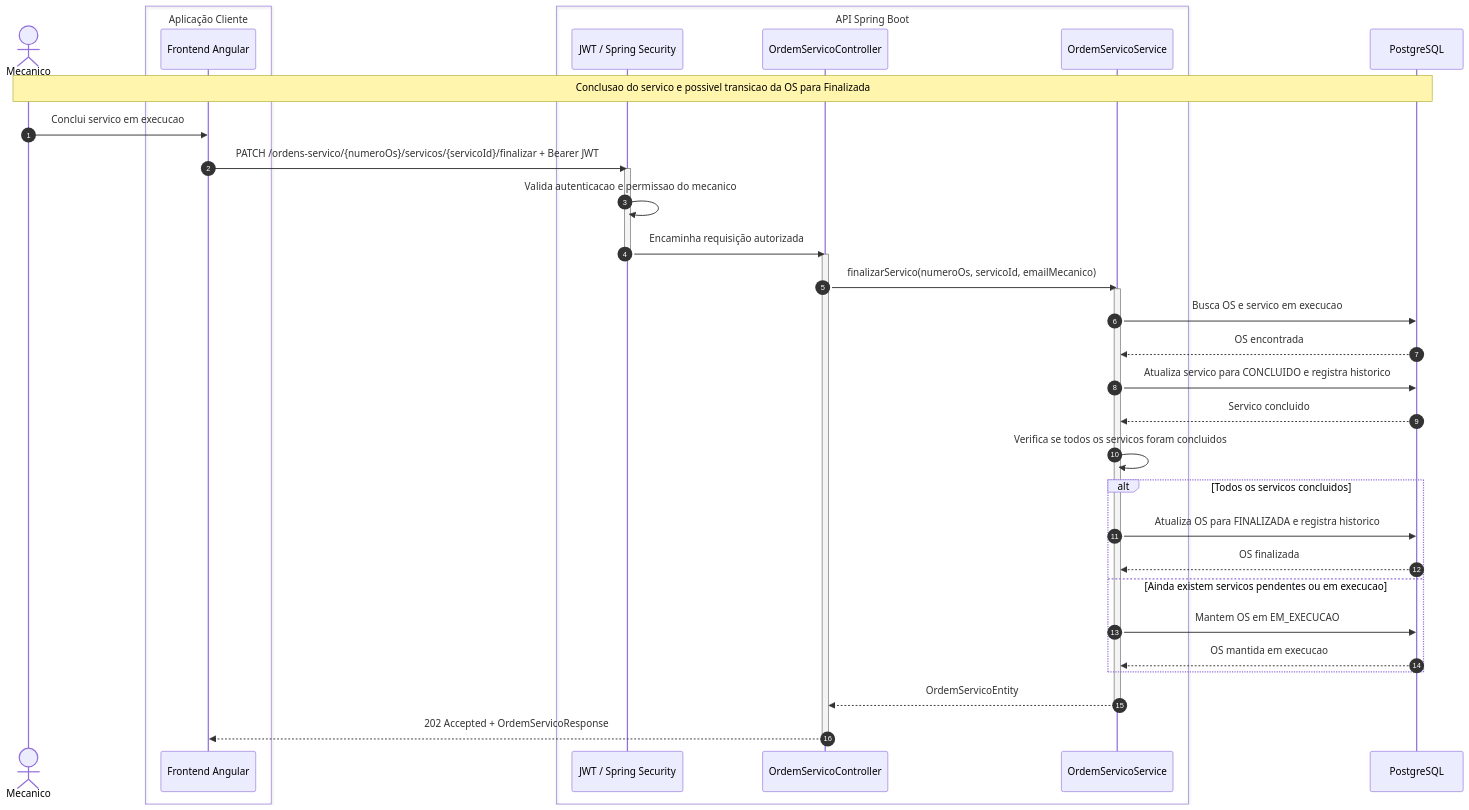
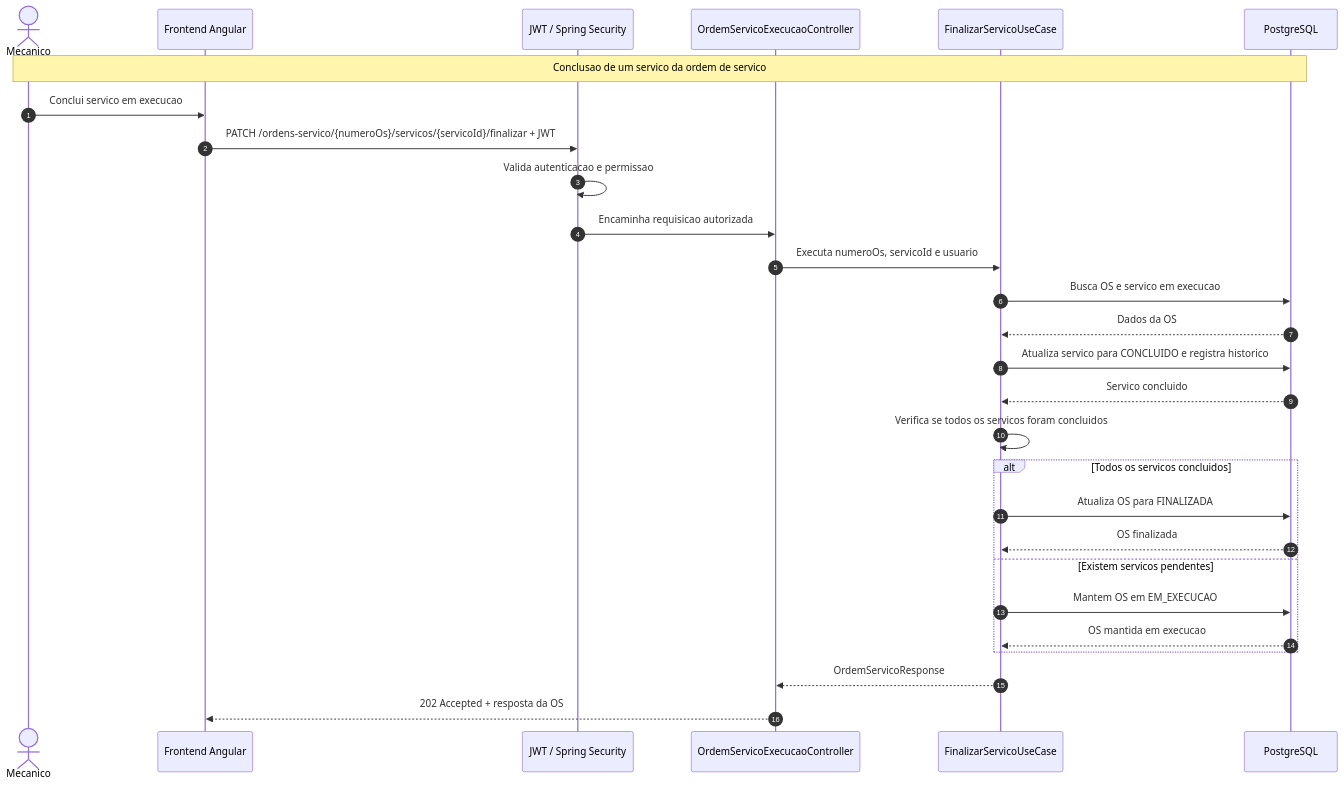
The diagram in docs/diagramas-sequencia/conclusao_servico_os.mermaid (BrunoSousa06/autoflow), drawn with Mermaid before and after one commit. The commit also changed 23 other files, not shown here.

```diff
--- a/docs/diagramas-sequencia/conclusao_servico_os.mermaid
+++ b/docs/diagramas-sequencia/conclusao_servico_os.mermaid
@@ -1,52 +1,32 @@
 sequenceDiagram
     autonumber
 
     actor Mecanico
+    participant Frontend as Frontend Angular
+    participant Security as JWT / Spring Security
+    participant Controller as OrdemServicoExecucaoController
+    participant Finalizar as FinalizarServicoUseCase
+    participant DB as PostgreSQL
+    Note over Mecanico, DB: Conclusao de um servico da ordem de servico
 
-    box Aplicação Cliente
-        participant Frontend as Frontend Angular
+    Mecanico->>Frontend: Conclui servico em execucao
+    Frontend ->> Security: PATCH /ordens-servico/{numeroOs}/servicos/{servicoId}/finalizar + JWT
+    Security ->> Security: Valida autenticacao e permissao
+    Security ->> Controller: Encaminha requisicao autorizada
+    Controller ->> Finalizar: Executa numeroOs, servicoId e usuario
+    Finalizar ->> DB: Busca OS e servico em execucao
+    DB -->> Finalizar: Dados da OS
+    Finalizar ->> DB: Atualiza servico para CONCLUIDO e registra historico
+    DB -->> Finalizar: Servico concluido
+    Finalizar ->> Finalizar: Verifica se todos os servicos foram concluidos
+
+    alt Todos os servicos concluidos
+        Finalizar ->> DB: Atualiza OS para FINALIZADA
+        DB -->> Finalizar: OS finalizada
+    else Existem servicos pendentes
+        Finalizar ->> DB: Mantem OS em EM_EXECUCAO
+        DB -->> Finalizar: OS mantida em execucao
     end
 
-    box API Spring Boot
-        participant Security as JWT / Spring Security
-        participant OSController as OrdemServicoController
-        participant OSService as OrdemServicoService
-    end
-
-    participant DB as PostgreSQL
-
-    Note over Mecanico,DB: Conclusao do servico e possivel transicao da OS para Finalizada
-
-    Mecanico->>Frontend: Conclui servico em execucao
-    Frontend->>Security: PATCH /ordens-servico/{numeroOs}/servicos/{servicoId}/finalizar + Bearer JWT
-
-    activate Security
-    Security->>Security: Valida autenticacao e permissao do mecanico
-    Security->>OSController: Encaminha requisição autorizada
-    deactivate Security
-
-    activate OSController
-    OSController->>OSService: finalizarServico(numeroOs, servicoId, emailMecanico)
-
-    activate OSService
-    OSService->>DB: Busca OS e servico em execucao
-    DB-->>OSService: OS encontrada
-
-    OSService->>DB: Atualiza servico para CONCLUIDO e registra historico
-    DB-->>OSService: Servico concluido
-
-    OSService->>OSService: Verifica se todos os servicos foram concluidos
-
-    alt Todos os servicos concluidos
-        OSService->>DB: Atualiza OS para FINALIZADA e registra historico
-        DB-->>OSService: OS finalizada
-    else Ainda existem servicos pendentes ou em execucao
-        OSService->>DB: Mantem OS em EM_EXECUCAO
-        DB-->>OSService: OS mantida em execucao
-    end
-
-    OSService-->>OSController: OrdemServicoEntity
-    deactivate OSService
-
-    OSController-->>Frontend: 202 Accepted + OrdemServicoResponse
-    deactivate OSController
+    Finalizar -->> Controller: OrdemServicoResponse
+    Controller -->> Frontend: 202 Accepted + resposta da OS
```
